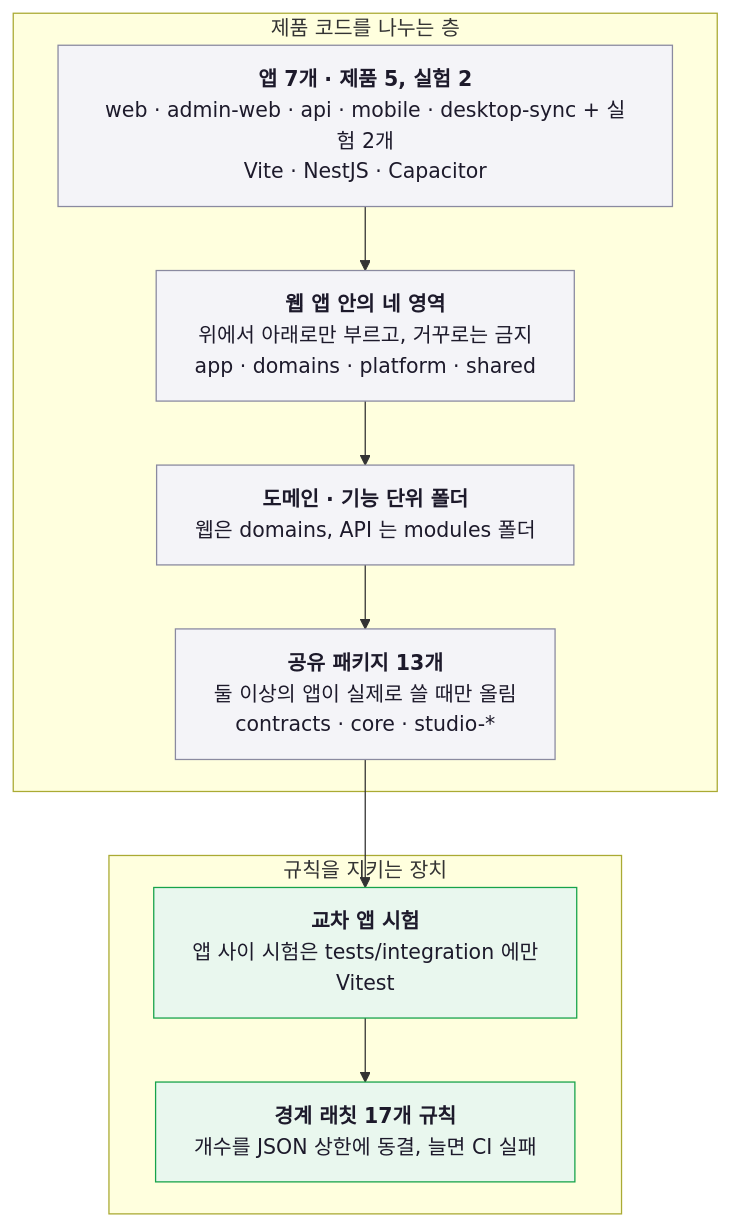
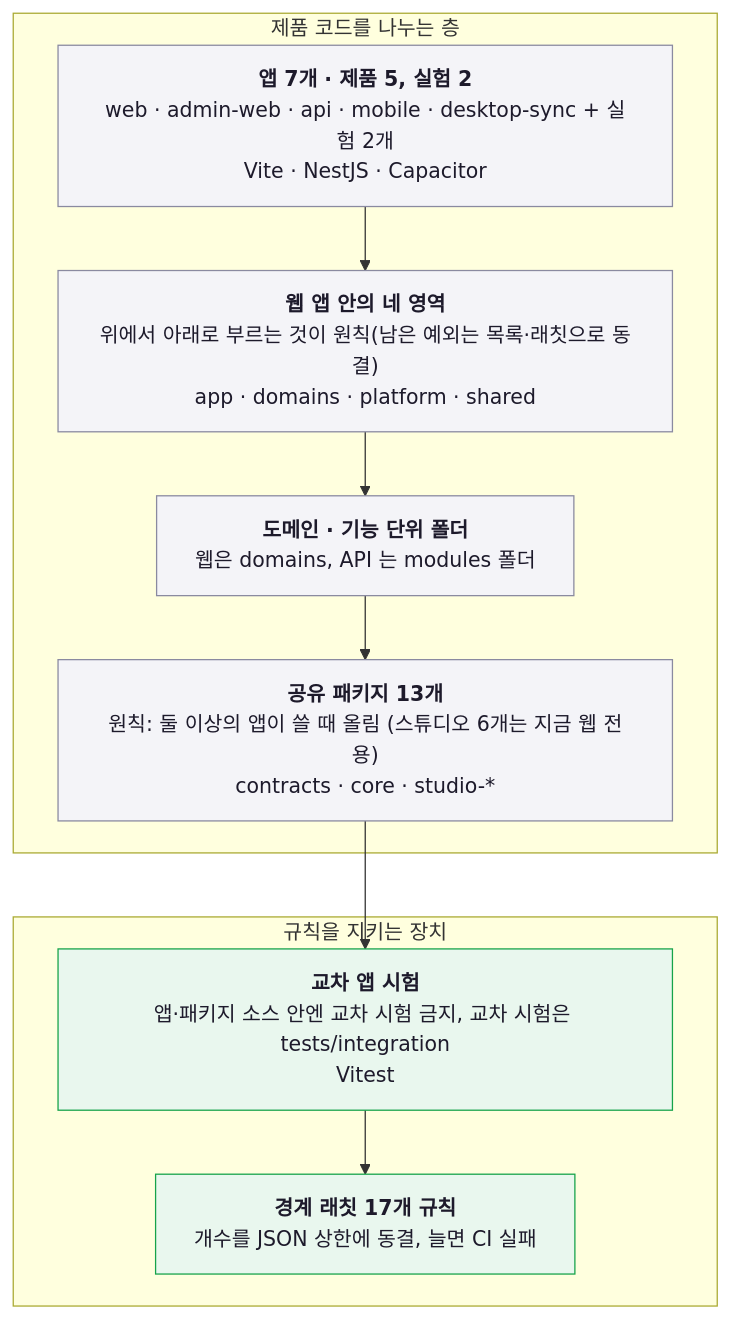
The ninth of 13 diagrams in docs/technology/engineering-architecture.md (blue45f/toonstudio), drawn with Mermaid before and after one commit. The commit also changed other lines of this file and 9 other files, not shown here.

````diff
--- a/docs/technology/engineering-architecture.md
+++ b/docs/technology/engineering-architecture.md
@@ -506,31 +509,31 @@
 ```mermaid
 %%{init: {"flowchart": {"wrappingWidth": 420}}}%%
 flowchart TB
   apps["<b>앱 7개 · 제품 5, 실험 2</b><br/>web · admin-web · api · mobile · desktop-sync + 실험 2개<br/>Vite · NestJS · Capacitor"]
-  areas["<b>웹 앱 안의 네 영역</b><br/>위에서 아래로만 부르고, 거꾸로는 금지<br/>app · domains · platform · shared"]
+  areas["<b>웹 앱 안의 네 영역</b><br/>위에서 아래로 부르는 것이 원칙(남은 예외는 목록·래칫으로 동결)<br/>app · domains · platform · shared"]
   domains["<b>도메인 · 기능 단위 폴더</b><br/>웹은 domains, API 는 modules 폴더"]
-  packages["<b>공유 패키지 13개</b><br/>둘 이상의 앱이 실제로 쓸 때만 올림<br/>contracts · core · studio-*"]
-  tests["<b>교차 앱 시험</b><br/>앱 사이 시험은 tests/integration 에만<br/>Vitest"]
+  packages["<b>공유 패키지 13개</b><br/>원칙: 둘 이상의 앱이 쓸 때 올림 (스튜디오 6개는 지금 웹 전용)<br/>contracts · core · studio-*"]
+  tests["<b>교차 앱 시험</b><br/>앱·패키지 소스 안엔 교차 시험 금지, 교차 시험은 tests/integration<br/>Vitest"]
   ratchet["<b>경계 래칫 17개 규칙</b><br/>개수를 JSON 상한에 동결, 늘면 CI 실패"]
   apps --> areas
   areas --> domains
   domains --> packages
   packages --> tests
   tests --> ratchet
   style apps fill:#f4f4f8,stroke:#8a8aa0,color:#1d1a2b
   style areas fill:#f4f4f8,stroke:#8a8aa0,color:#1d1a2b
   style domains fill:#f4f4f8,stroke:#8a8aa0,color:#1d1a2b
   style packages fill:#f4f4f8,stroke:#8a8aa0,color:#1d1a2b
   style tests fill:#e9f7ee,stroke:#16a34a,color:#1d1a2b
   style ratchet fill:#e9f7ee,stroke:#16a34a,color:#1d1a2b
   subgraph bracket1["제품 코드를 나누는 층"]
     apps
     areas
     domains
     packages
   end
   subgraph bracket2["규칙을 지키는 장치"]
     tests
     ratchet
   end
 ```
````
